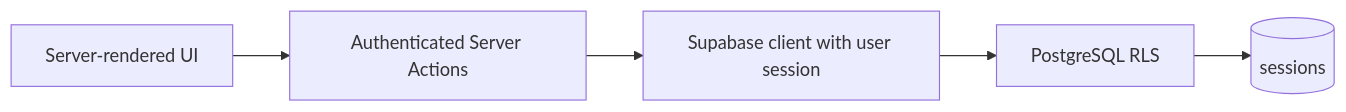
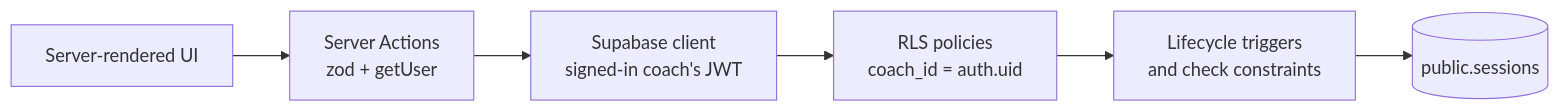
One commit to hahnalai8n1/skild-coaching-bookings changed the diagram in README.md. Above: the diagram before and after it, drawn with Mermaid. The commit also changed other lines of this file, not shown here.

````diff
--- a/README.md
+++ b/README.md
@@ -21,7 +29,8 @@
 ```mermaid
 flowchart LR
-  UI[Server-rendered UI] --> SA[Authenticated Server Actions]
-  SA --> SB[Supabase client with user session]
-  SB --> RLS[PostgreSQL RLS]
-  RLS --> DB[(sessions)]
+  UI[Server-rendered UI] --> SA[Server Actions<br/>zod + getUser]
+  SA --> SB[Supabase client<br/>signed-in coach's JWT]
+  SB --> RLS[RLS policies<br/>coach_id = auth.uid]
+  RLS --> TRG[Lifecycle triggers<br/>and check constraints]
+  TRG --> DB[(public.sessions)]
 ```
````
